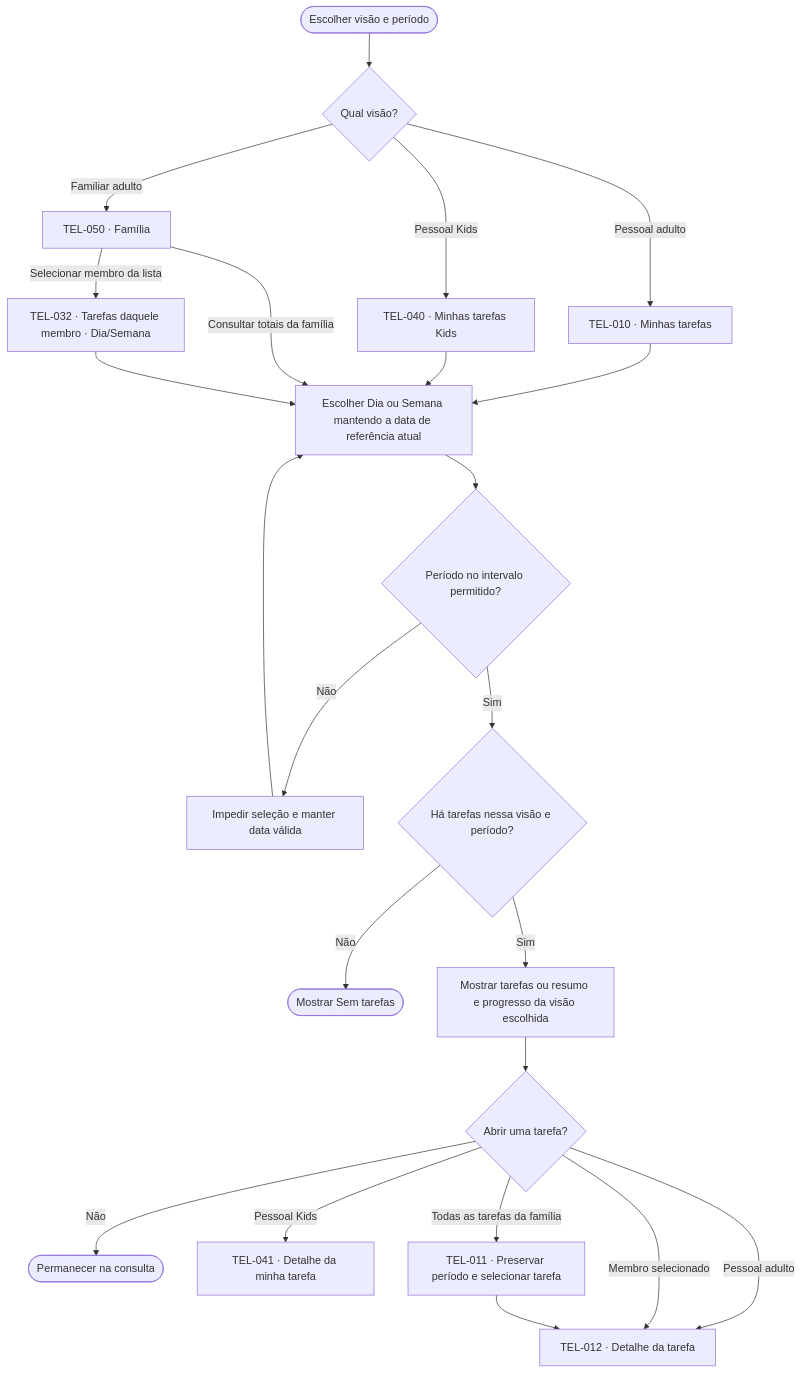
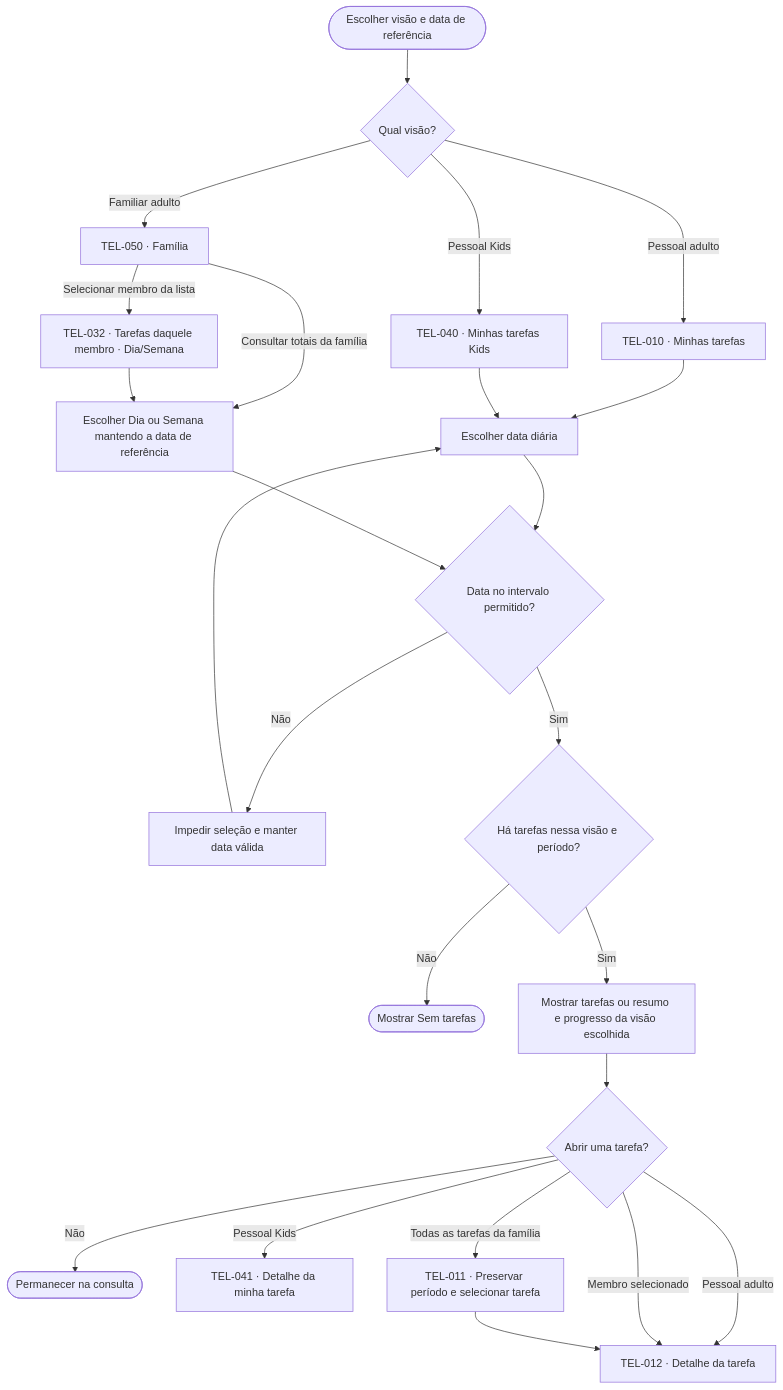
The fourth of 16 diagrams in docs/design/user-flows.md (lizandramalta/App-Rotina-Familiar), drawn with Mermaid before and after one commit. The commit also changed other lines of this file and 15 other files, not shown here.

````diff
--- a/docs/design/user-flows.md
+++ b/docs/design/user-flows.md
@@ -162,25 +162,26 @@
 ```mermaid
 flowchart TD
-    A(["Escolher visão e período"]) --> B{"Qual visão?"}
+    A(["Escolher visão e data de referência"]) --> B{"Qual visão?"}
     B -->|Pessoal adulto| C["TEL-010 · Minhas tarefas"]
     B -->|Pessoal Kids| D["TEL-040 · Minhas tarefas Kids"]
     B -->|Familiar adulto| E["TEL-050 · Família"]
-    C --> F["Escolher Dia ou Semana mantendo a data de referência atual"]
+    C --> F["Escolher data diária"]
     D --> F
-    E -->|Consultar totais da família| F
+    E -->|Consultar totais da família| FF["Escolher Dia ou Semana mantendo a data de referência"]
     E -->|Selecionar membro da lista| PM["TEL-032 · Tarefas daquele membro · Dia/Semana"]
-    PM --> F
-    F --> G{"Período no intervalo permitido?"}
+    PM --> FF
+    F --> G{"Data no intervalo permitido?"}
+    FF --> G
     G -->|Não| H["Impedir seleção e manter data válida"]
     H --> F
     G -->|Sim| I{"Há tarefas nessa visão e período?"}
     I -->|Não| J(["Mostrar Sem tarefas"])
     I -->|Sim| K["Mostrar tarefas ou resumo e progresso da visão escolhida"]
     K --> L{"Abrir uma tarefa?"}
     L -->|Não| M(["Permanecer na consulta"])
     L -->|Pessoal adulto| N["TEL-012 · Detalhe da tarefa"]
     L -->|Pessoal Kids| O["TEL-041 · Detalhe da minha tarefa"]
     L -->|Membro selecionado| N
     L -->|Todas as tarefas da família| P["TEL-011 · Preservar período e selecionar tarefa"]
     P --> N
 ```
````
